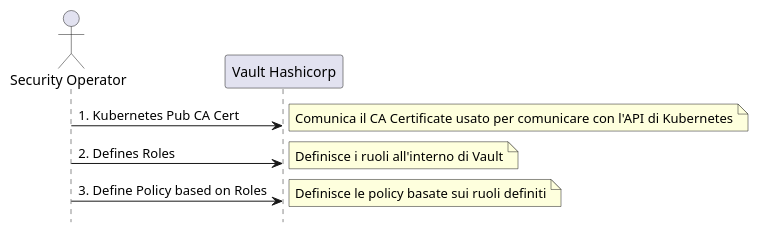
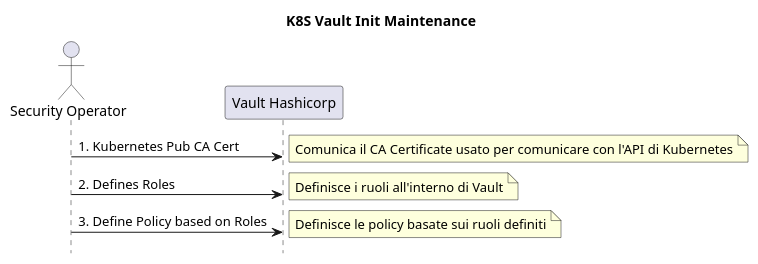
One commit to vtramo/secure-photo-hub changed the diagram in plantuml/vault/1-kubernetes-vault-init-maintenance.puml. Above: the diagram before and after it, drawn with PlantUML. The commit also changed 7 other files, not shown here.

Commit message:
docs: add bearer token authentication sequence diagram

```diff
--- a/plantuml/vault/1-kubernetes-vault-init-maintenance.puml
+++ b/plantuml/vault/1-kubernetes-vault-init-maintenance.puml
@@ -1,16 +1,17 @@
 @startuml
 hide footbox
+title K8S Vault Init Maintenance
 
 actor "Security Operator" as SecurityOperator
 participant "Vault Hashicorp" as Vault
 
 SecurityOperator -> Vault: 1. Kubernetes Pub CA Cert
 note right: Comunica il CA Certificate usato per comunicare con l'API di Kubernetes
 
 SecurityOperator -> Vault: 2. Defines Roles
 note right: Definisce i ruoli all'interno di Vault
 
 SecurityOperator -> Vault: 3. Define Policy based on Roles
 note right: Definisce le policy basate sui ruoli definiti
 
 @enduml
```
